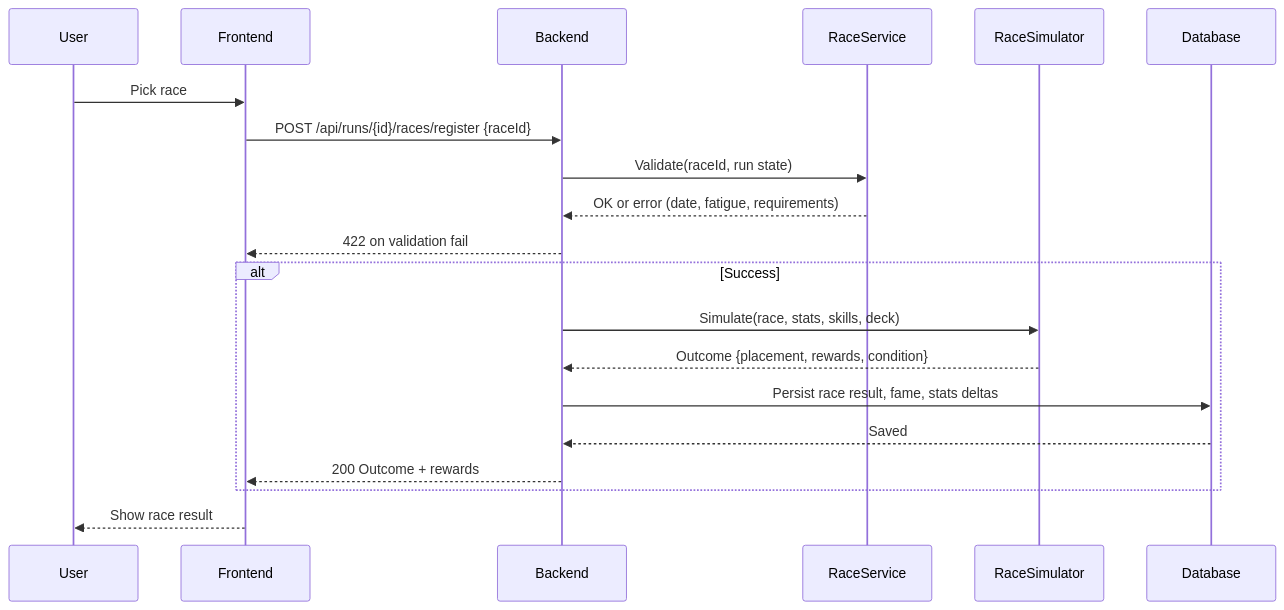
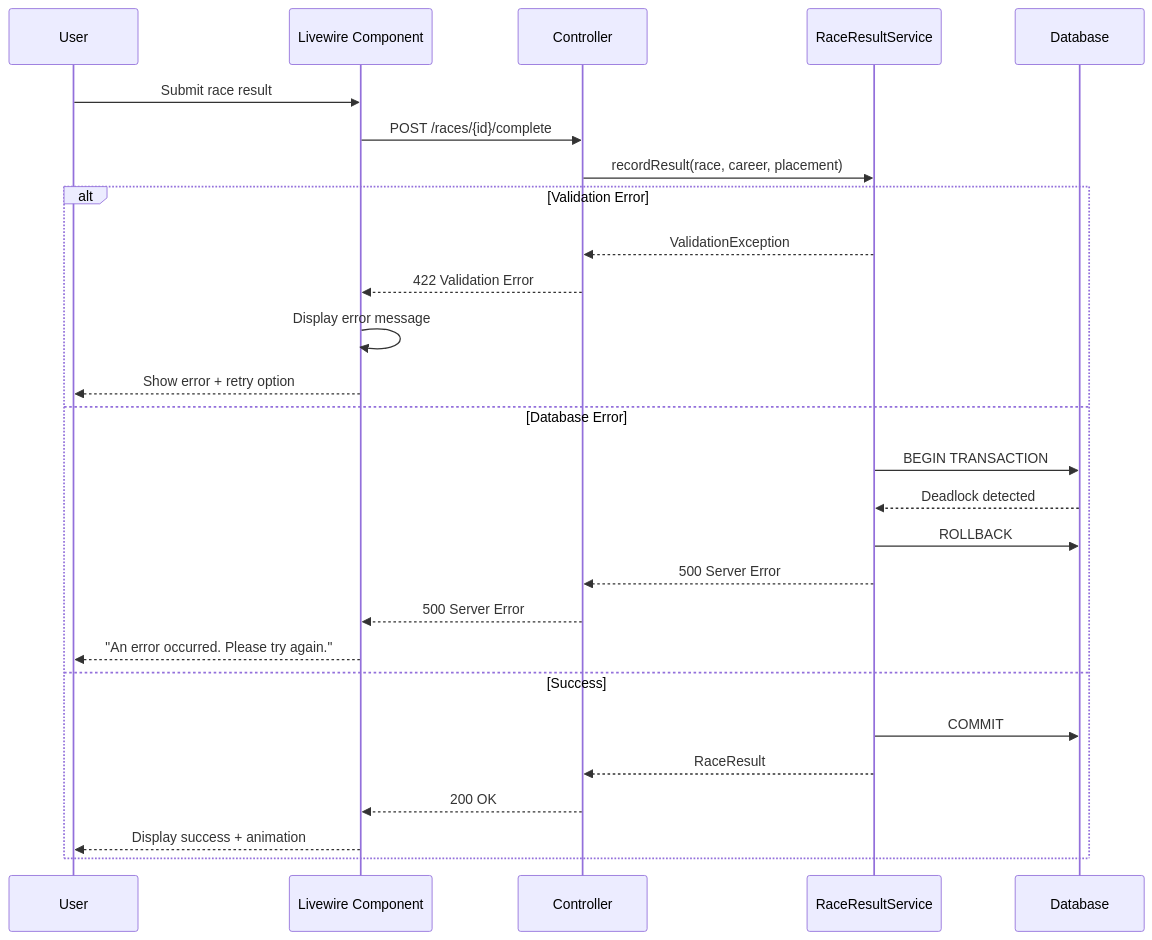
Before and after one commit to exatfrds67/umamusume-career-planner: the second of 2 diagrams in docs/01-sequences/SEQ-004_Race_Registration_and_Outcome.md, drawn with Mermaid. The commit also changed other lines of this file and 67 other files, not shown here.

````diff
--- a/docs/01-sequences/SEQ-004_Race_Registration_and_Outcome.md
+++ b/docs/01-sequences/SEQ-004_Race_Registration_and_Outcome.md
@@ -30,24 +807,31 @@
 ```mermaid
 sequenceDiagram
-    participant U as User
-    participant UI as Frontend
-    participant API as Backend
-    participant RS as RaceService
-    participant SIM as RaceSimulator
+    participant User
+    participant UI as Livewire Component
+    participant Controller
+    participant Service as RaceResultService
     participant DB as Database
 
-    U->>UI: Pick race
-    UI->>API: POST /api/runs/{id}/races/register {raceId}
-    API->>RS: Validate(raceId, run state)
-    RS-->>API: OK or error (date, fatigue, requirements)
-    API-->>UI: 422 on validation fail
-
-    alt Success
-        API->>SIM: Simulate(race, stats, skills, deck)
-        SIM-->>API: Outcome {placement, rewards, condition}
-        API->>DB: Persist race result, fame, stats deltas
-        DB-->>API: Saved
-        API-->>UI: 200 Outcome + rewards
+    User->>UI: Submit race result
+    UI->>Controller: POST /races/{id}/complete
+    Controller->>Service: recordResult(race, career, placement)
+    
+    alt Validation Error
+        Service-->>Controller: ValidationException
+        Controller-->>UI: 422 Validation Error
+        UI->>UI: Display error message
+        UI-->>User: Show error + retry option
+    else Database Error
+        Service->>DB: BEGIN TRANSACTION
+        DB-->>Service: Deadlock detected
+        Service->>DB: ROLLBACK
+        Service-->>Controller: 500 Server Error
+        Controller-->>UI: 500 Server Error
+        UI-->>User: "An error occurred. Please try again."
+    else Success
+        Service->>DB: COMMIT
+        Service-->>Controller: RaceResult
+        Controller-->>UI: 200 OK
+        UI-->>User: Display success + animation
     end
-    UI-->>U: Show race result
 ```
````
